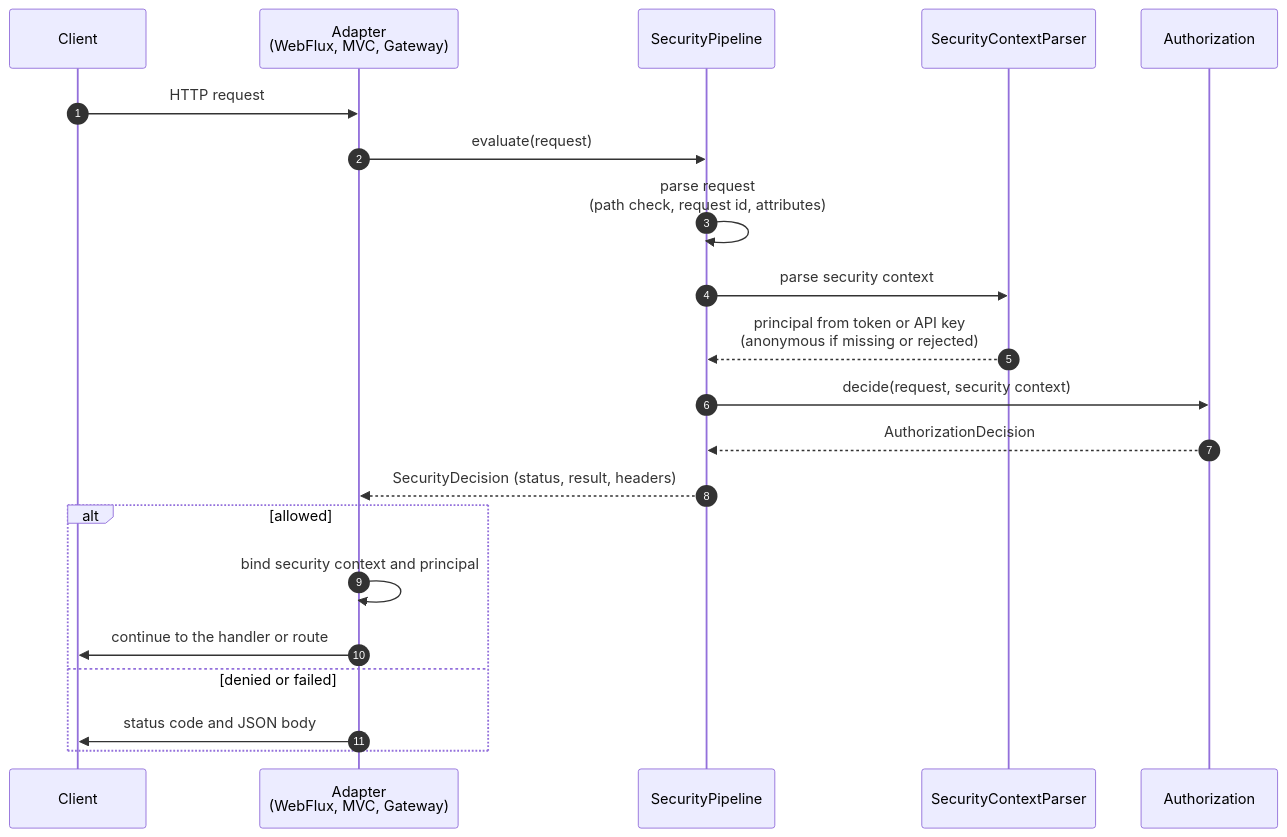
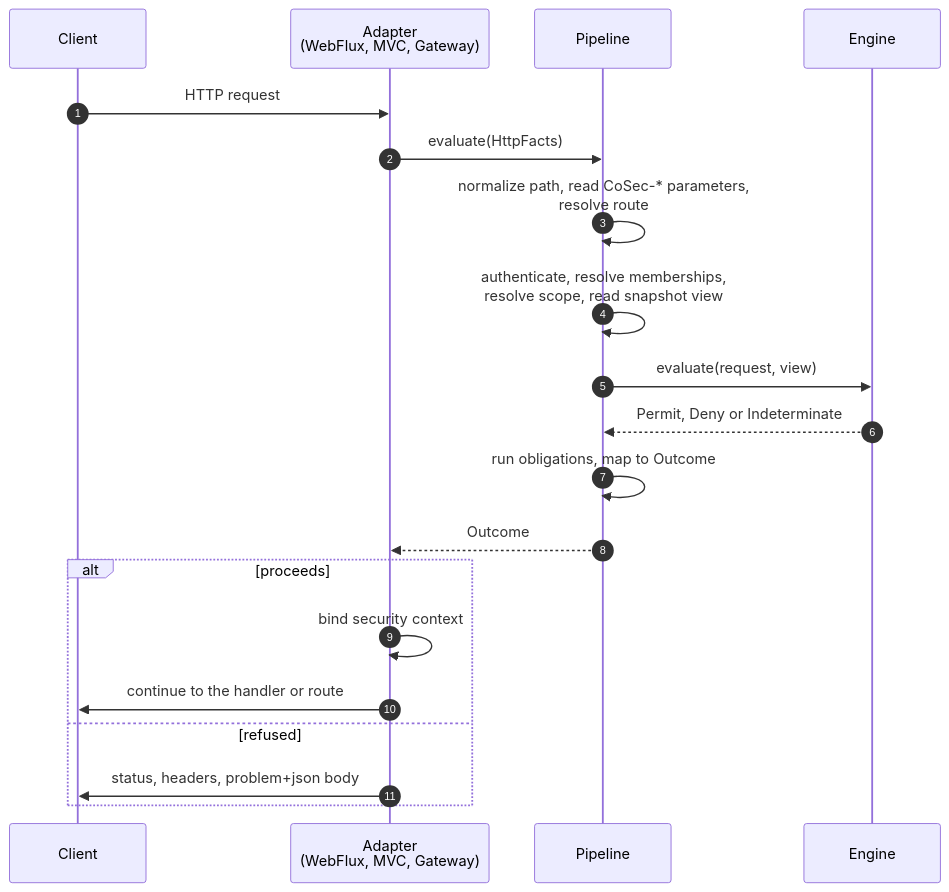
The diagram in wiki/integration/web.md (Ahoo-Wang/CoSec), drawn with Mermaid before and after one commit. The commit also changed other lines of this file and 54 other files, not shown here.

````diff
--- a/wiki/integration/web.md
+++ b/wiki/integration/web.md
@@ -67,23 +49,22 @@
 ```mermaid
 sequenceDiagram
     autonumber
     participant C as Client
     participant A as Adapter<br>(WebFlux, MVC, Gateway)
-    participant P as SecurityPipeline
-    participant S as SecurityContextParser
-    participant Z as Authorization
+    participant P as Pipeline
+    participant E as Engine
     C->>A: HTTP request
-    A->>P: evaluate(request)
-    P->>P: parse request<br>(path check, request id, attributes)
-    P->>S: parse security context
-    S-->>P: principal from token or API key<br>(anonymous if missing or rejected)
-    P->>Z: decide(request, security context)
-    Z-->>P: AuthorizationDecision
-    P-->>A: SecurityDecision (status, result, headers)
-    alt allowed
-        A->>A: bind security context and principal
+    A->>P: evaluate(HttpFacts)
+    P->>P: normalize path, read CoSec-* parameters,<br>resolve route
+    P->>P: authenticate, resolve memberships,<br>resolve scope, read snapshot view
+    P->>E: evaluate(request, view)
+    E-->>P: Permit, Deny or Indeterminate
+    P->>P: run obligations, map to Outcome
+    P-->>A: Outcome
+    alt proceeds
+        A->>A: bind security context
         A->>C: continue to the handler or route
-    else denied or failed
-        A->>C: status code and JSON body
+    else refused
+        A->>C: status, headers, problem+json body
     end
 ```
````
